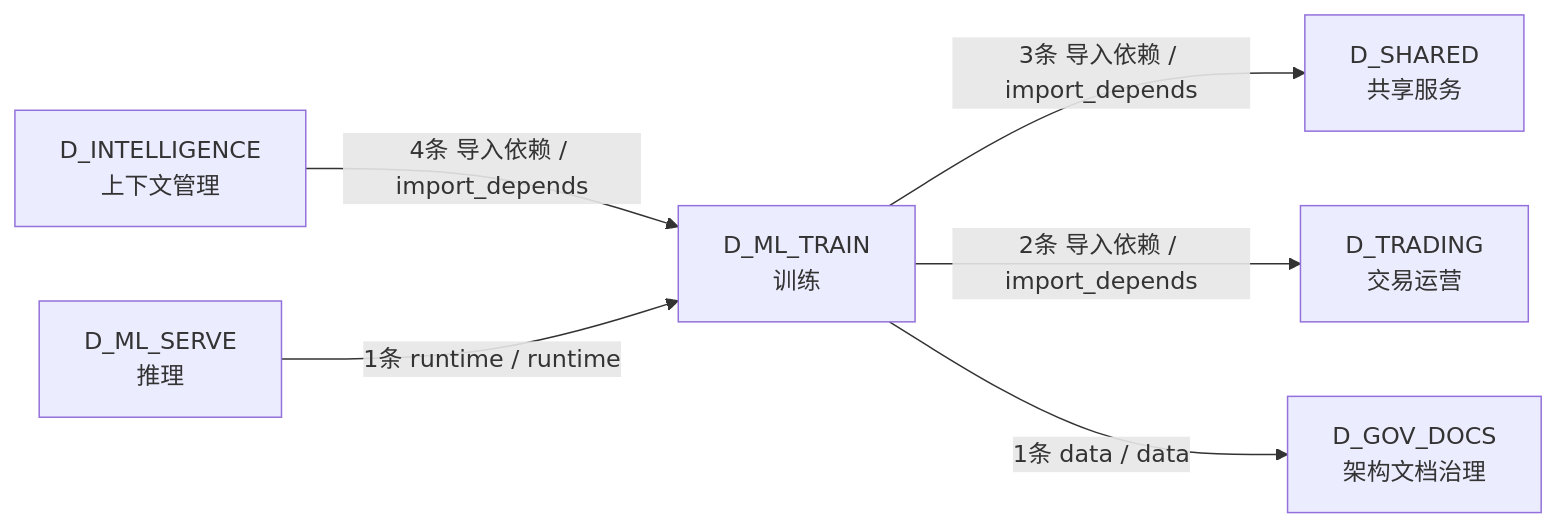
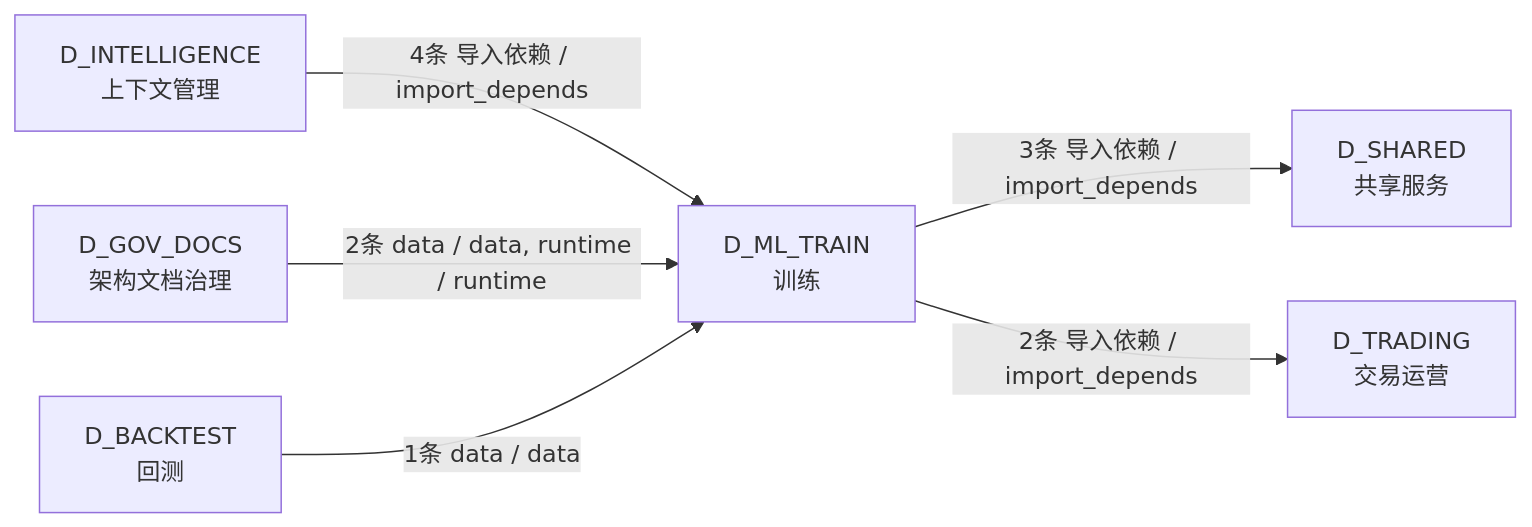
One commit to xuanFelixVan/ZephyrAlpha changed the fourth of 4 diagrams in docs/02_enterprise_architecture/02_domain_architecture_docs/50_d_ml_train.md. Above: the diagram before and after it, drawn with Mermaid. The commit also changed other lines of this file and 103 other files, not shown here.

````diff
--- a/docs/02_enterprise_architecture/02_domain_architecture_docs/50_d_ml_train.md
+++ b/docs/02_enterprise_architecture/02_domain_architecture_docs/50_d_ml_train.md
@@ -190,14 +194,14 @@
 ```mermaid
 graph LR
     D_ML_TRAIN["D_ML_TRAIN<br/>训练"]
     D_SHARED["D_SHARED<br/>共享服务"]
     D_TRADING["D_TRADING<br/>交易运营"]
+    D_INTELLIGENCE["D_INTELLIGENCE<br/>上下文管理"]
     D_GOV_DOCS["D_GOV_DOCS<br/>架构文档治理"]
-    D_INTELLIGENCE["D_INTELLIGENCE<br/>上下文管理"]
-    D_ML_SERVE["D_ML_SERVE<br/>推理"]
+    D_BACKTEST["D_BACKTEST<br/>回测"]
     D_ML_TRAIN -->|3条 导入依赖 / import_depends| D_SHARED
     D_ML_TRAIN -->|2条 导入依赖 / import_depends| D_TRADING
-    D_ML_TRAIN -->|1条 data / data| D_GOV_DOCS
     D_INTELLIGENCE -->|4条 导入依赖 / import_depends| D_ML_TRAIN
-    D_ML_SERVE -->|1条 runtime / runtime| D_ML_TRAIN
+    D_GOV_DOCS -->|2条 data / data, runtime / runtime| D_ML_TRAIN
+    D_BACKTEST -->|1条 data / data| D_ML_TRAIN
 ```
````
